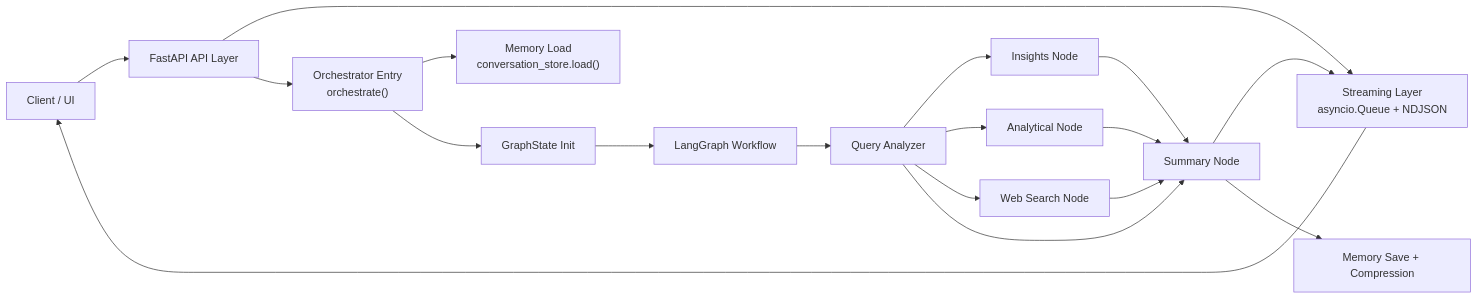
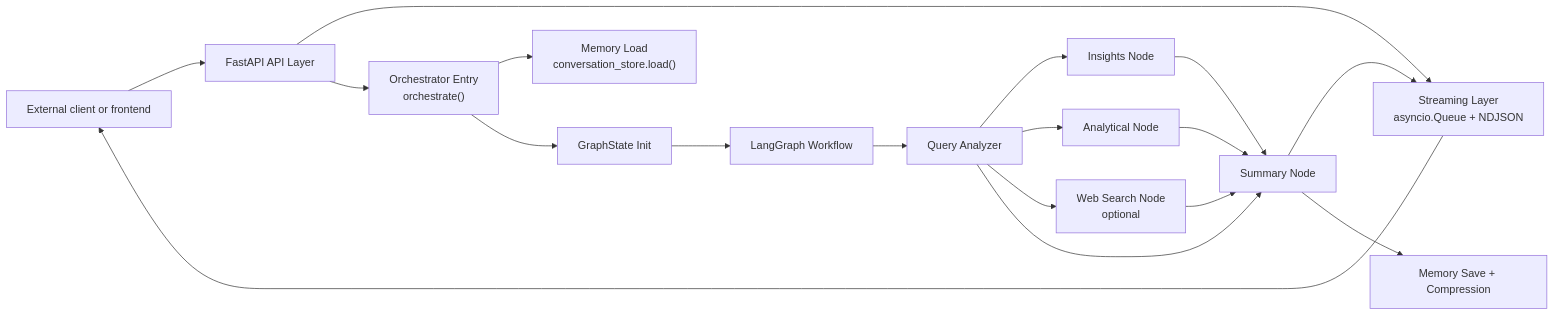
Before and after one commit to crimsonKn1ght/llm-app-agent-data-science_v1: the first of 4 diagrams in documentation/architecture_overview.md, drawn with Mermaid. The commit also changed other lines of this file and 100 other files, not shown here.

````diff
--- a/documentation/architecture_overview.md
+++ b/documentation/architecture_overview.md
@@ -11,24 +11,24 @@
 ```mermaid
 flowchart LR
-    Client["Client / UI"] --> API["FastAPI API Layer"]
+    Client["External client or frontend"] --> API["FastAPI API Layer"]
     API --> Stream["Streaming Layer<br/>asyncio.Queue + NDJSON"]
     API --> Entry["Orchestrator Entry<br/>orchestrate()"]
 
     Entry --> MemoryLoad["Memory Load<br/>conversation_store.load()"]
     Entry --> State["GraphState Init"]
     State --> Graph["LangGraph Workflow"]
 
     Graph --> Analyzer["Query Analyzer"]
     Analyzer --> Insights["Insights Node"]
     Analyzer --> Analytical["Analytical Node"]
-    Analyzer --> Web["Web Search Node"]
+    Analyzer --> Web["Web Search Node<br/>optional"]
     Analyzer --> Summary["Summary Node"]
 
     Insights --> Summary
     Analytical --> Summary
     Web --> Summary
 
     Summary --> Stream
     Summary --> MemorySave["Memory Save + Compression"]
     Stream --> Client
 ```
````
